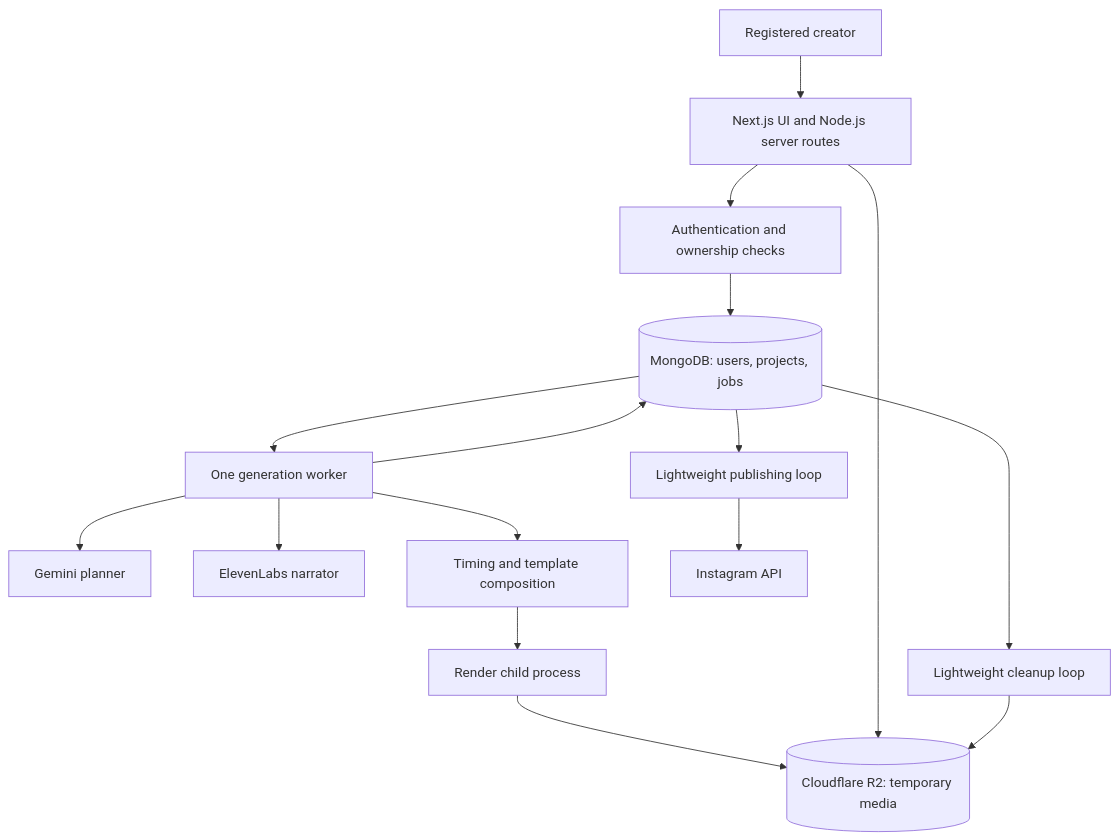
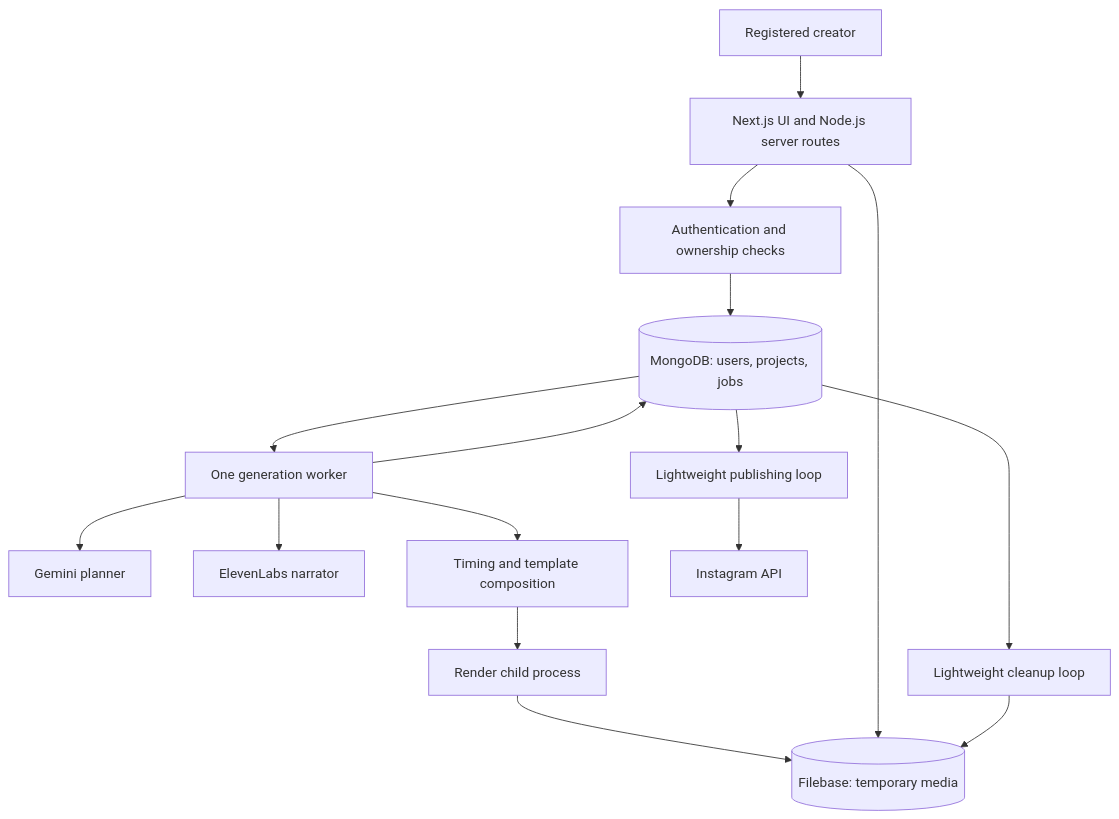
The diagram in docs/ChitraBodh-Technical-Design.md (balajiraparti/ChitraBodh---AI-powered-Video-Generator), drawn with Mermaid before and after one commit. The commit also changed other lines of this file and 9 other files, not shown here.

````diff
--- a/docs/ChitraBodh-Technical-Design.md
+++ b/docs/ChitraBodh-Technical-Design.md
@@ -35,18 +35,18 @@
 ```mermaid
 flowchart TD
     U[Registered creator] --> N[Next.js UI and Node.js server routes]
     N --> A[Authentication and ownership checks]
     A --> D[(MongoDB: users, projects, jobs)]
     D --> W[One generation worker]
     W --> G[Gemini planner]
     W --> E[ElevenLabs narrator]
     W --> T[Timing and template composition]
     T --> R[Render child process]
-    R --> S[(Cloudflare R2: temporary media)]
+    R --> S[(Filebase: temporary media)]
     W --> D
     N --> S
     D --> P[Lightweight publishing loop]
     P --> I[Instagram API]
     D --> C[Lightweight cleanup loop]
     C --> S
 ```
````
